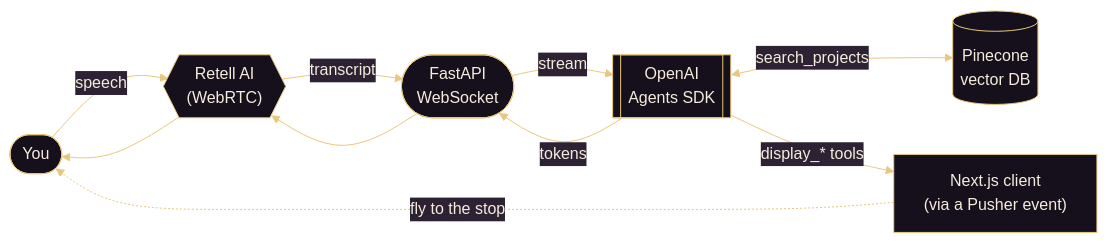
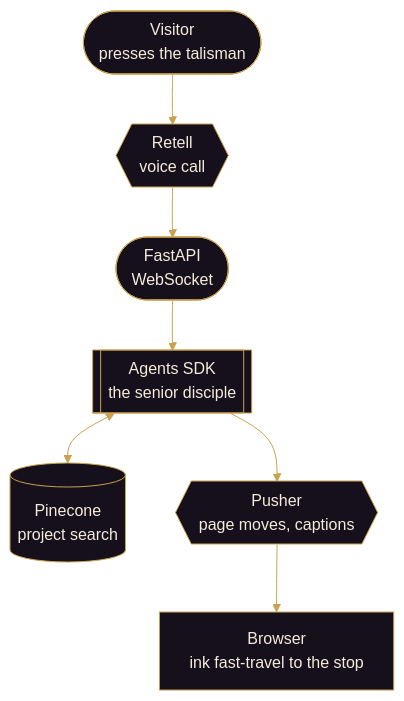
The second of 2 diagrams in README.md (IdkwhatImD0ing/PortfolioV5), drawn with Mermaid before and after one commit. The commit also changed other lines of this file and 100 other files, not shown here.

````diff
--- a/README.md
+++ b/README.md
@@ -134,11 +197,10 @@
 ```mermaid
-%%{init: {'theme':'base', 'themeVariables': {'primaryColor':'#15101b','primaryTextColor':'#f5ecdc','primaryBorderColor':'#e9c77e','lineColor':'#e9c77e','secondaryColor':'#2c2233','tertiaryColor':'#0e0c14','fontFamily':'Georgia, serif'}}}%%
-flowchart LR
-  U(["You"]) -- "speech" --> R{{"Retell AI<br/>(WebRTC)"}}
-  R -- "transcript" --> WS(["FastAPI<br/>WebSocket"])
-  WS -- "stream" --> A[["OpenAI<br/>Agents SDK"]]
-  A <-- "search_projects" --> P[("Pinecone<br/>vector DB")]
-  A -- "display_* tools" --> N["Next.js client<br/>(via a Pusher event)"]
-  A -- "tokens" --> WS --> R --> U
-  N -. "fly to the stop" .-> U
+%%{init: {'theme':'base', 'themeVariables': {'primaryColor':'#15101b','primaryTextColor':'#f5ecdc','primaryBorderColor':'#c9a14f','lineColor':'#c9a14f','secondaryColor':'#2c2233','tertiaryColor':'#0e0c14','fontFamily':'Georgia, serif'}}}%%
+flowchart TB
+  U(["Visitor<br/>presses the talisman"]) --> R{{"Retell<br/>voice call"}}
+  R --> WS(["FastAPI<br/>WebSocket"])
+  WS --> A[["Agents SDK<br/>the senior disciple"]]
+  A <--> P[("Pinecone<br/>project search")]
+  A --> PU{{"Pusher<br/>page moves, captions"}}
+  PU --> B["Browser<br/>ink fast-travel to the stop"]
 ```
````
